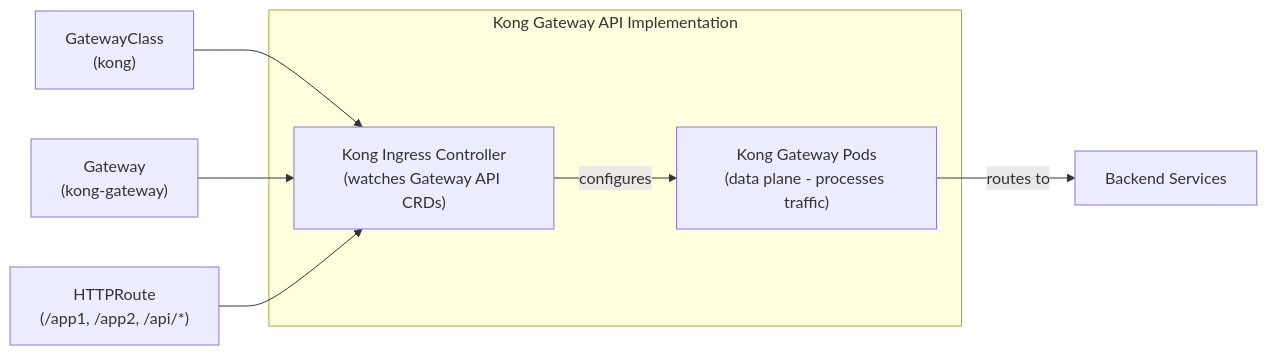
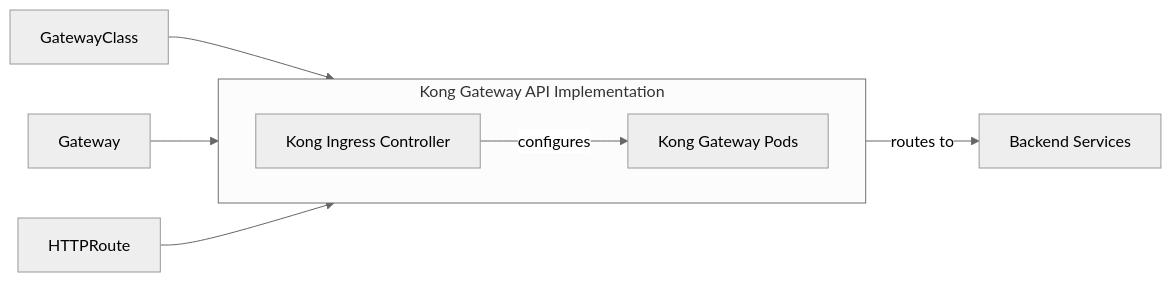
Before and after one commit to shanaka-versent/EKS-Kong-GatewayAPI-Demo: the fourth of 12 diagrams in README.md, drawn with Mermaid. The commit also changed other lines of this file, not shown here.

First line of the commit message:
Update all Mermaid diagrams: grayscale theme, horizontal alignment, clean labels

````diff
--- a/README.md
+++ b/README.md
@@ -184,18 +184,20 @@
 ```mermaid
+%%{init: {'theme': 'neutral'}}%%
 flowchart LR
-    subgraph "Kong Gateway API Implementation"
-        KIC["Kong Ingress Controller\n(watches Gateway API CRDs)"]
-        KG["Kong Gateway Pods\n(data plane - processes traffic)"]
+    subgraph KongImpl["Kong Gateway API Implementation"]
+        direction LR
+        KIC["Kong Ingress Controller"]
+        KG["Kong Gateway Pods"]
     end
-    
-    GC["GatewayClass\n(kong)"]
-    GW["Gateway\n(kong-gateway)"]
-    HR["HTTPRoute\n(/app1, /app2, /api/*)"]
+
+    GC["GatewayClass"]
+    GW["Gateway"]
+    HR["HTTPRoute"]
     SVC["Backend Services"]
-    
+
     GC --> KIC
     GW --> KIC
     HR --> KIC
     KIC -->|"configures"| KG
     KG -->|"routes to"| SVC
 ```
````
